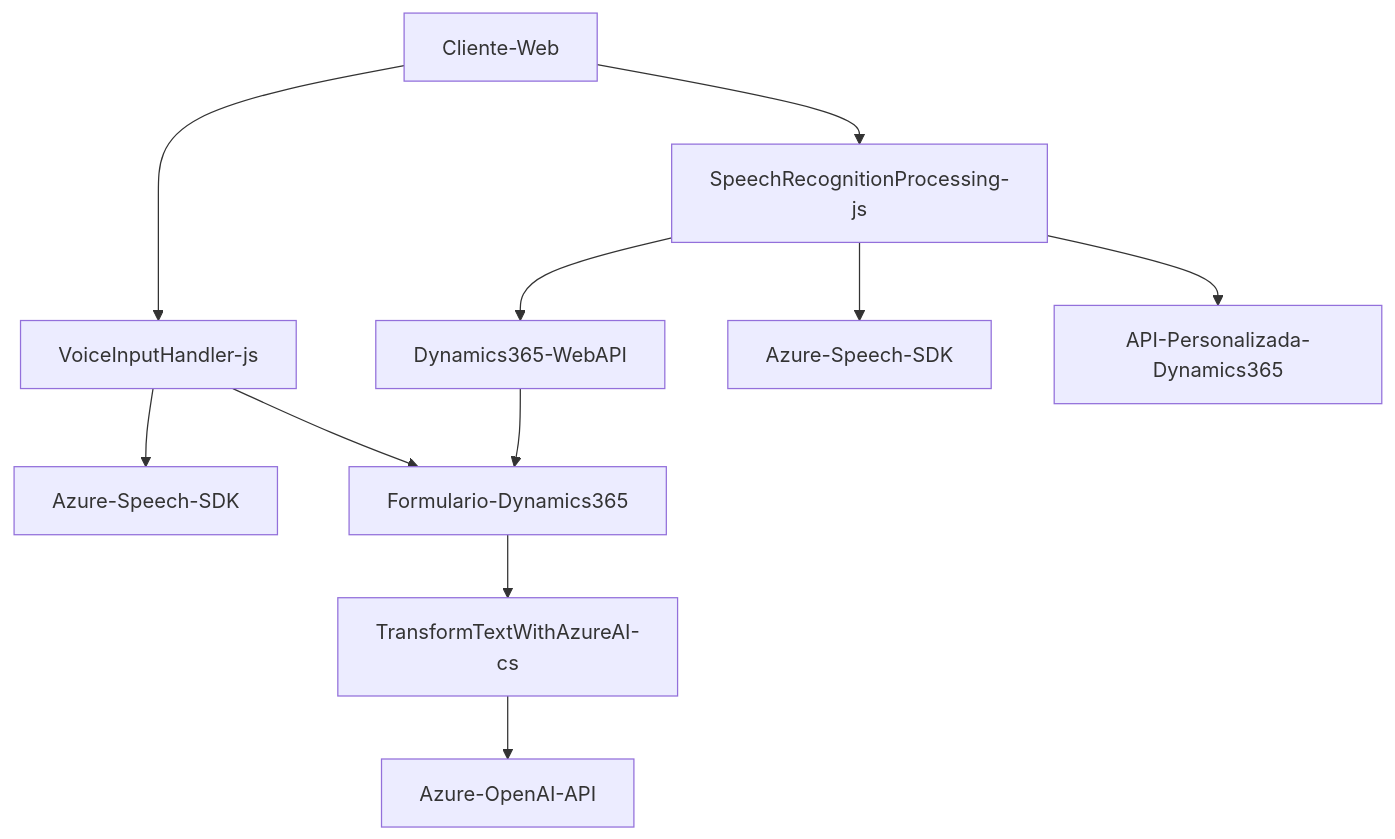
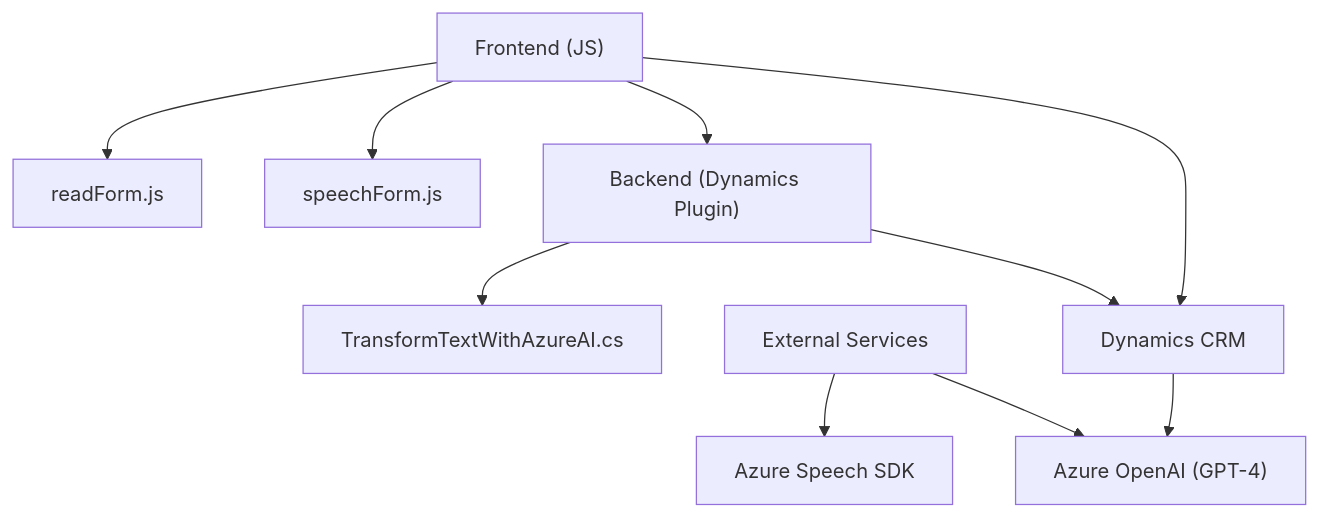
One commit to blopezdm/NETCORE_BILBAO2025 changed the diagram in README.md. Above: the diagram before and after it, drawn with Mermaid. The commit also changed other lines of this file, not shown here.

````diff
--- a/README.md
+++ b/README.md
@@ -41,13 +42,24 @@
 ```mermaid
 graph TD
-    A[Cliente-Web] --> B[VoiceInputHandler-js]
-    A --> C[SpeechRecognitionProcessing-js]
-    B --> D["Azure-Speech-SDK"]
-    B --> E[Formulario-Dynamics365]
-    C --> F["Dynamics365-WebAPI"]
-    C --> G["Azure-Speech-SDK"]
-    F --> E
-    C --> H["API-Personalizada-Dynamics365"]
-    E --> I[TransformTextWithAzureAI-cs]
-    I --> J["Azure-OpenAI-API"]
+  A["Frontend (JS)"]
+  A1["readForm.js"]
+  A2["speechForm.js"]
+  A --> A1
+  A --> A2
+
+  B["Backend (Dynamics Plugin)"]
+  A --> B
+  B1["TransformTextWithAzureAI.cs"]
+  B --> B1
+
+  C["External Services"]
+  C1["Azure Speech SDK"]
+  C2["Azure OpenAI (GPT-4)"]
+  C --> C1
+  C --> C2
+
+  D["Dynamics CRM"]
+  A --> D
+  B --> D
+  D --> C2
 ```
````
